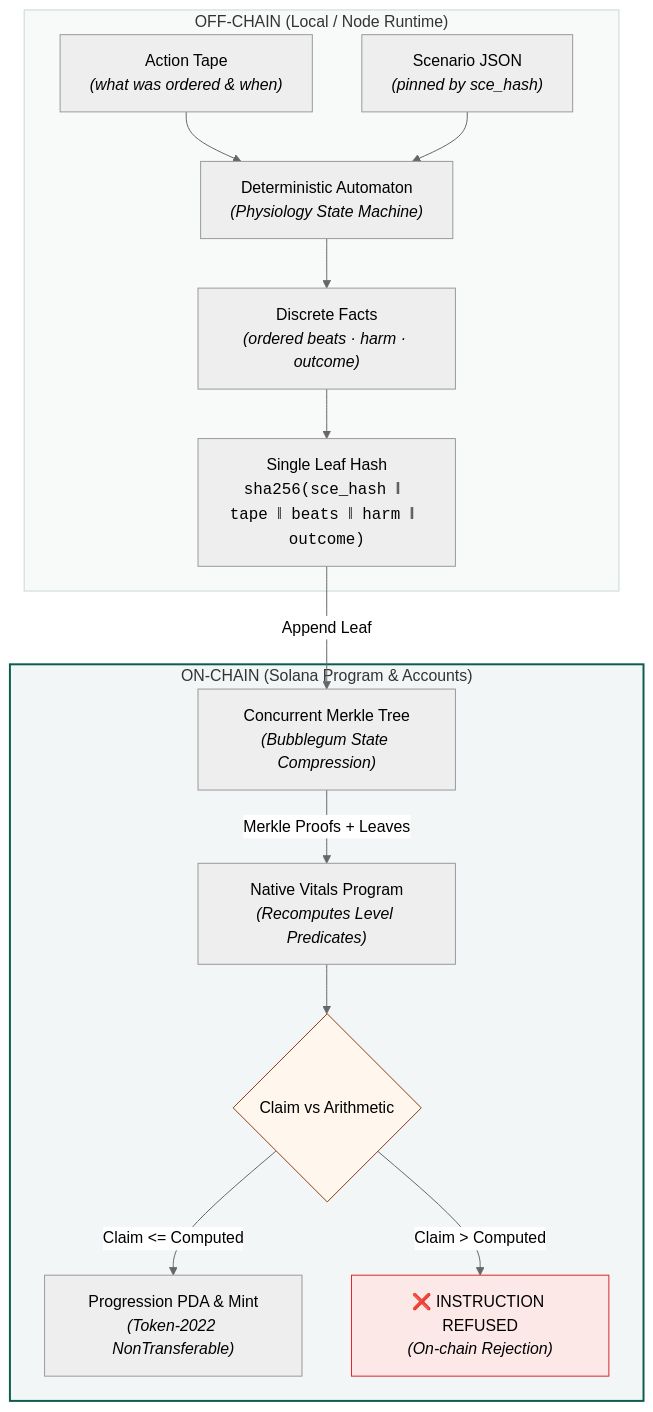
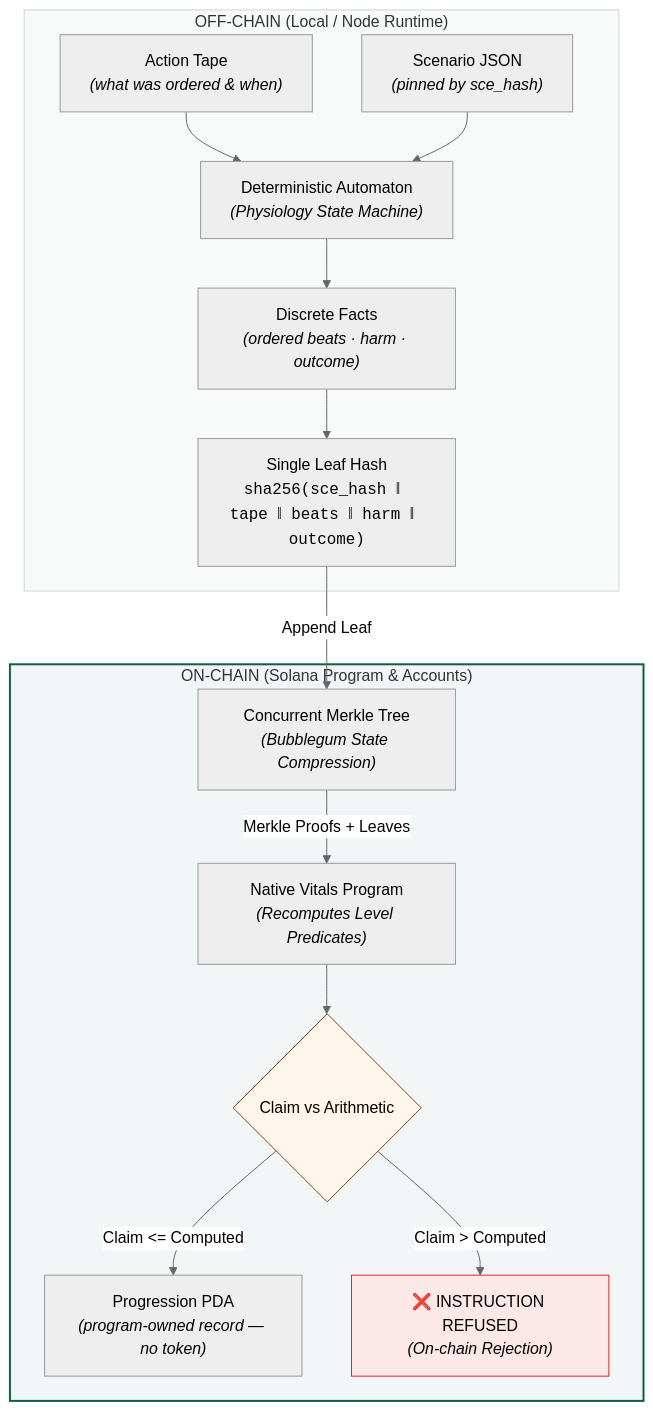
Before and after one commit to MegaWiz-Dev-Team/vitals: the second of 4 diagrams in docs/ARCHITECTURE.md, drawn with Mermaid (neutral theme). The commit also changed other lines of this file and 7 other files, not shown here.

````diff
--- a/docs/ARCHITECTURE.md
+++ b/docs/ARCHITECTURE.md
@@ -42,32 +51,32 @@
 ```mermaid
 flowchart TD
     subgraph OffChain ["OFF-CHAIN (Local / Node Runtime)"]
         Tape["Action Tape<br/><i>(what was ordered & when)</i>"]
         Scenario["Scenario JSON<br/><i>(pinned by sce_hash)</i>"]
         Automaton["Deterministic Automaton<br/><i>(Physiology State Machine)</i>"]
         Facts["Discrete Facts<br/><i>(ordered beats · harm · outcome)</i>"]
         Leaf["Single Leaf Hash<br/><code>sha256(sce_hash ‖ tape ‖ beats ‖ harm ‖ outcome)</code>"]
 
         Tape & Scenario --> Automaton
         Automaton --> Facts
         Facts --> Leaf
     end
 
     subgraph OnChain ["ON-CHAIN (Solana Program & Accounts)"]
         Tree["Concurrent Merkle Tree<br/><i>(Bubblegum State Compression)</i>"]
         Program["Native Vitals Program<br/><i>(Recomputes Level Predicates)</i>"]
-        Progression["Progression PDA & Mint<br/><i>(Token-2022 NonTransferable)</i>"]
+        Progression["Progression PDA<br/><i>(program-owned record — no token)</i>"]
         Refusal{"Claim vs Arithmetic"}
 
         Leaf -->|Append Leaf| Tree
         Tree -->|Merkle Proofs + Leaves| Program
         Program --> Refusal
         Refusal -->|Claim <= Computed| Progression
         Refusal -->|Claim > Computed| Reject["❌ INSTRUCTION REFUSED<br/><i>(On-chain Rejection)</i>"]
     end
 
     style OffChain fill:#F8FAFA,stroke:#C9D6D6,stroke-width:1px
     style OnChain fill:#F2F6F6,stroke:#0A5E4B,stroke-width:2px
     style Refusal fill:#FFF6ED,stroke:#8E3D11,stroke-width:1px
     style Reject fill:#FDE8E8,stroke:#E02424,stroke-width:1px
 ```
````
